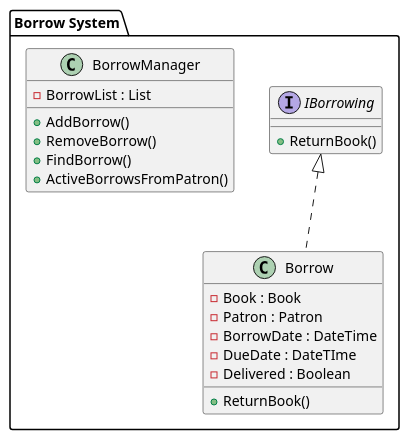
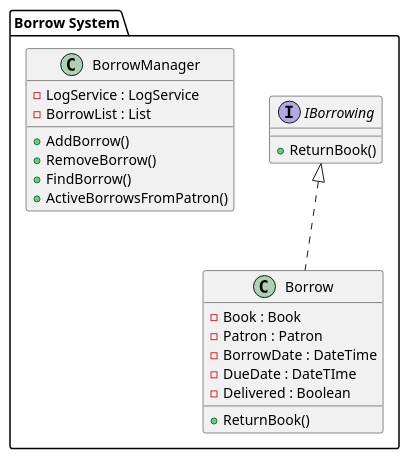
The diagram in UML-Diagram/BorrowSystem.puml (programacion-6/Opcion1CanelitaTeam), drawn with PlantUML before and after one commit. The commit also changed 4 other files, not shown here.

Commit message:
feat: implement log service in staff operations

```diff
--- a/UML-Diagram/BorrowSystem.puml
+++ b/UML-Diagram/BorrowSystem.puml
@@ -1,28 +1,29 @@
 @startuml BorrowSystem
 package "Borrow System" {
     
     ' Define main interface 
     interface IBorrowing{
         + ReturnBook()
     }
 
     ' Define main classes
     class BorrowManager {
+        - LogService : LogService
         - BorrowList : List
         + AddBorrow()
         + RemoveBorrow()
         + FindBorrow()
         + ActiveBorrowsFromPatron()
     }
 
     class Borrow implements IBorrowing {
         - Book : Book
         - Patron : Patron
         - BorrowDate : DateTime
         - DueDate : DateTIme
         - Delivered : Boolean
         + ReturnBook()
     }
 
 }
 @enduml 
```
